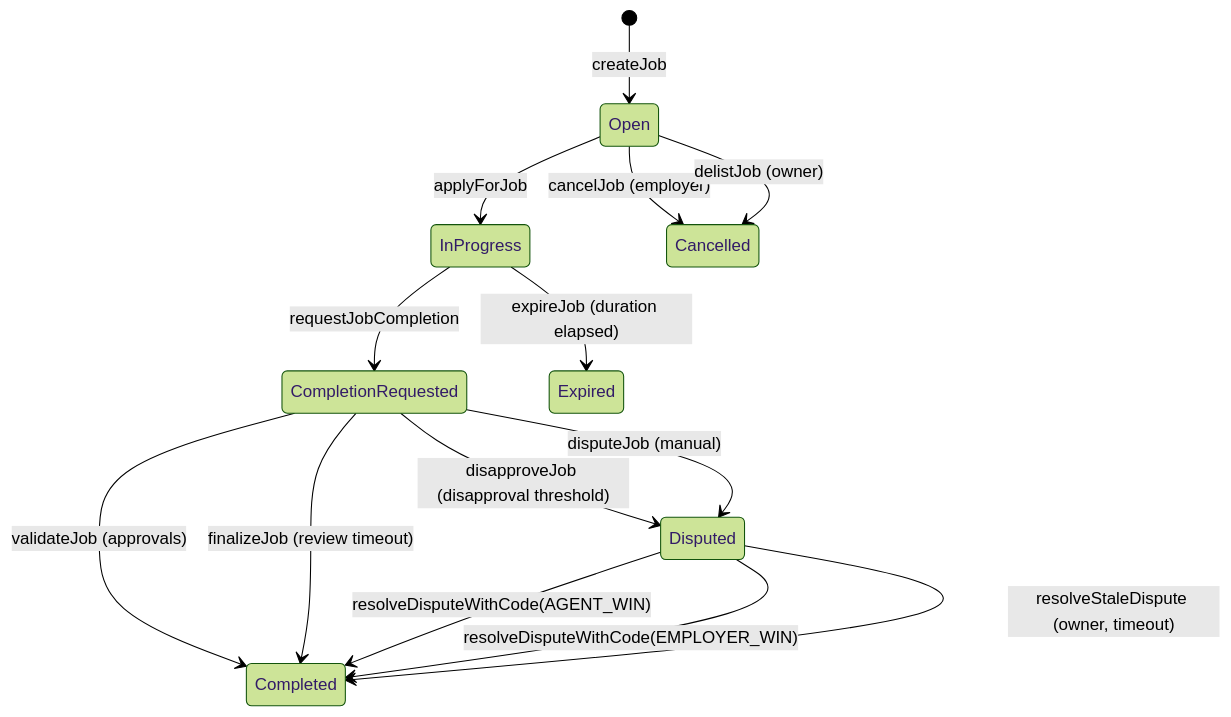
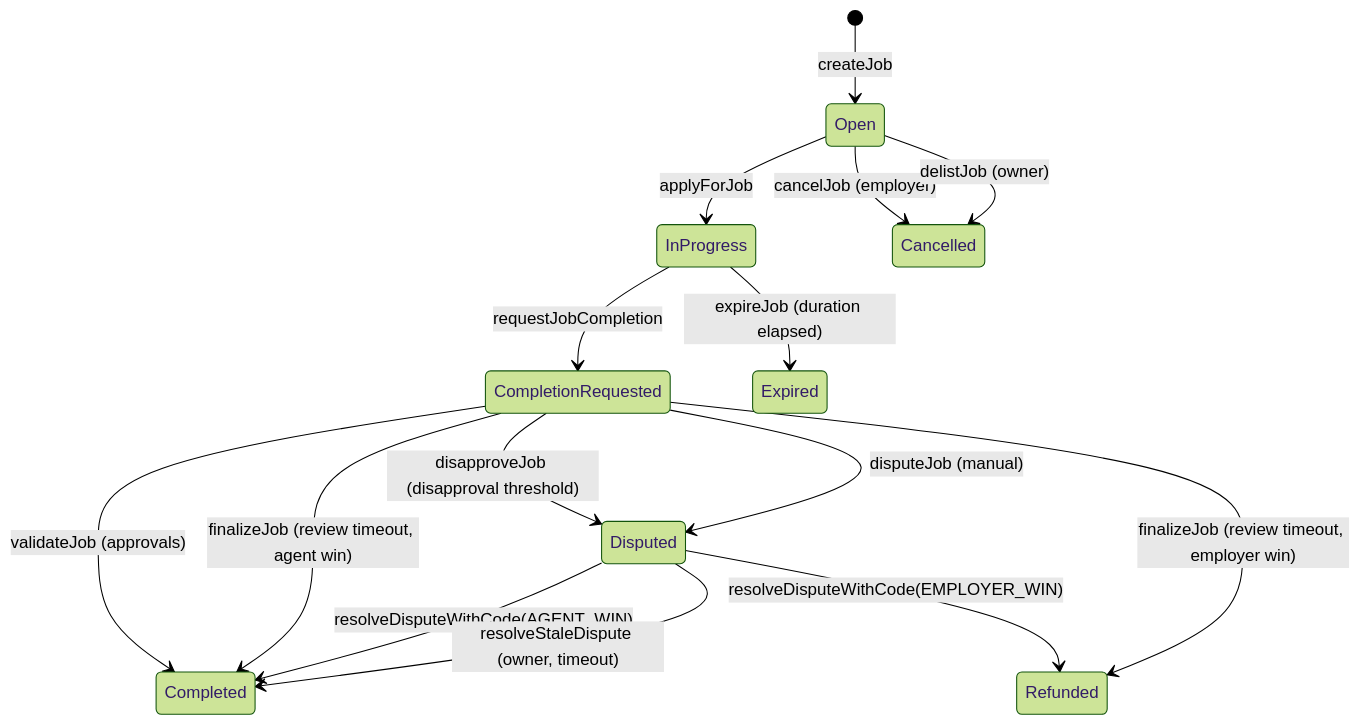
One commit to MontrealAI/AGIJobManager changed the diagram in docs/architecture.md. Above: the diagram before and after it, drawn with Mermaid (forest theme). The commit also changed other lines of this file and 6 other files, not shown here.

````diff
--- a/docs/architecture.md
+++ b/docs/architecture.md
@@ -30,20 +33,22 @@
 ```mermaid
 stateDiagram-v2
     [*] --> Open: createJob
     Open --> InProgress: applyForJob
     InProgress --> CompletionRequested: requestJobCompletion
 
     CompletionRequested --> Completed: validateJob (approvals)
-    CompletionRequested --> Completed: finalizeJob (review timeout)
+    CompletionRequested --> Completed: finalizeJob (review timeout, agent win)
 
     CompletionRequested --> Disputed: disapproveJob (disapproval threshold)
     CompletionRequested --> Disputed: disputeJob (manual)
 
     Disputed --> Completed: resolveDisputeWithCode(AGENT_WIN)
-    Disputed --> Completed: resolveDisputeWithCode(EMPLOYER_WIN)
+    Disputed --> Refunded: resolveDisputeWithCode(EMPLOYER_WIN)
     Disputed --> Completed: resolveStaleDispute (owner, timeout)
+
+    CompletionRequested --> Refunded: finalizeJob (review timeout, employer win)
 
     InProgress --> Expired: expireJob (duration elapsed)
     Open --> Cancelled: cancelJob (employer)
     Open --> Cancelled: delistJob (owner)
 ```
````
